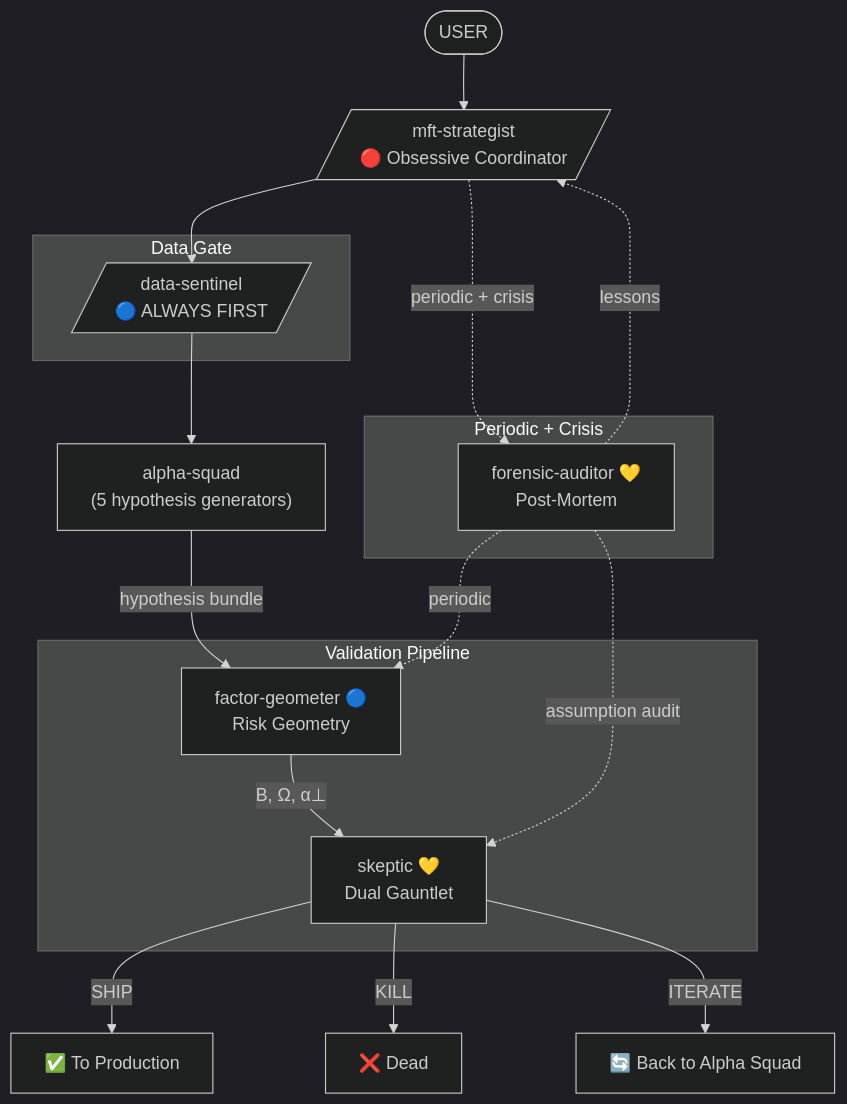
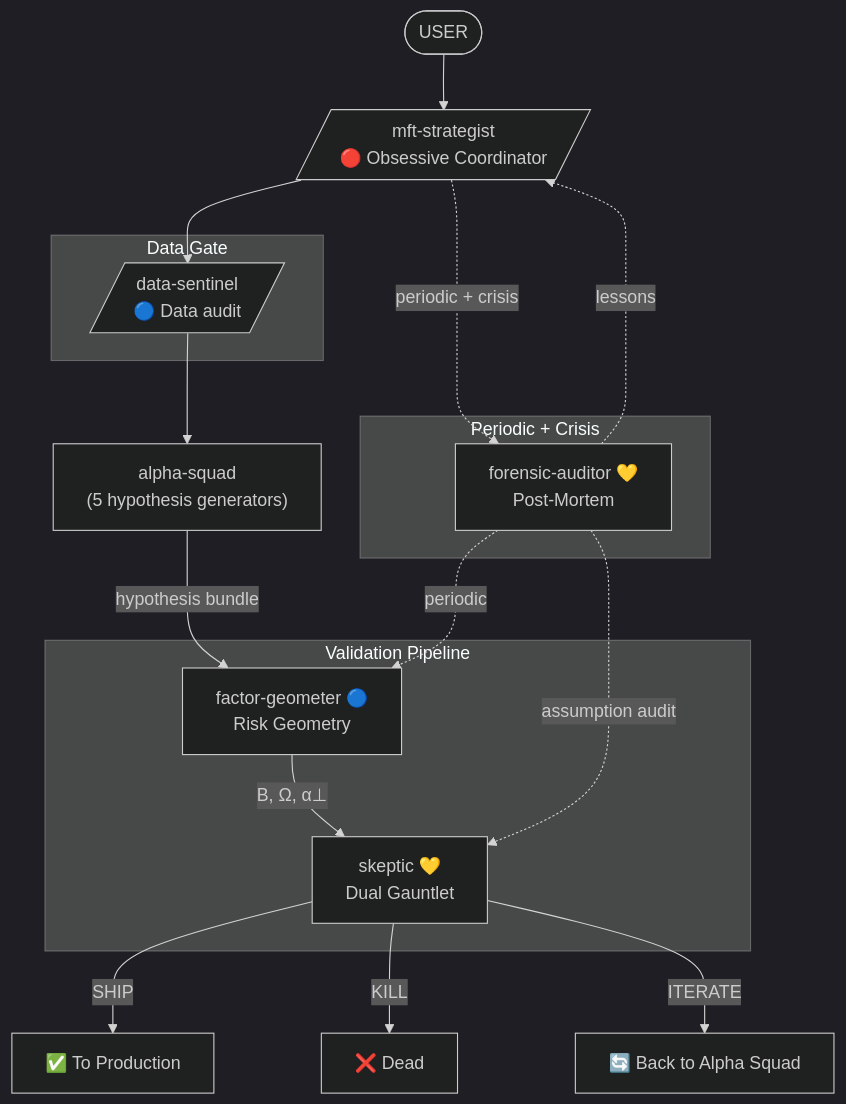
Before and after one commit to VladKochetov007/WunderFunder: the diagram in skills/mft-research-experts/README.md, drawn with Mermaid (dark theme). The commit also changed other lines of this file and 19 other files, not shown here.

````diff
--- a/skills/mft-research-experts/README.md
+++ b/skills/mft-research-experts/README.md
@@ -58,32 +90,32 @@
 ```mermaid
 flowchart TD
     USER([USER]) --> strat[/"mft-strategist<br/>🔴 Obsessive Coordinator"/]
 
     subgraph datagate [Data Gate]
-        sentinel[/"data-sentinel<br/>🔵 ALWAYS FIRST"/]
+        sentinel[/"data-sentinel<br/>🔵 Data audit"/]
     end
 
     strat --> sentinel
     sentinel --> squad["alpha-squad<br/>(5 hypothesis generators)"]
 
     squad -->|"hypothesis bundle"| fgeom
 
     subgraph validation [Validation Pipeline]
         fgeom["factor-geometer 🔵<br/>Risk Geometry"]
         skep["skeptic 💛<br/>Dual Gauntlet"]
         fgeom -->|"B, Ω, α⊥"| skep
     end
 
     subgraph audit [Periodic + Crisis]
         auditor["forensic-auditor 💛<br/>Post-Mortem"]
     end
 
     skep -->|"SHIP"| ship["✅ To Production"]
     skep -->|"KILL"| kill["❌ Dead"]
     skep -->|"ITERATE"| iterate["🔄 Back to Alpha Squad"]
 
     auditor -.->|"periodic"| fgeom
     auditor -.->|"assumption audit"| skep
     auditor -.->|"lessons"| strat
     strat -.->|"periodic + crisis"| auditor
 ```
````
